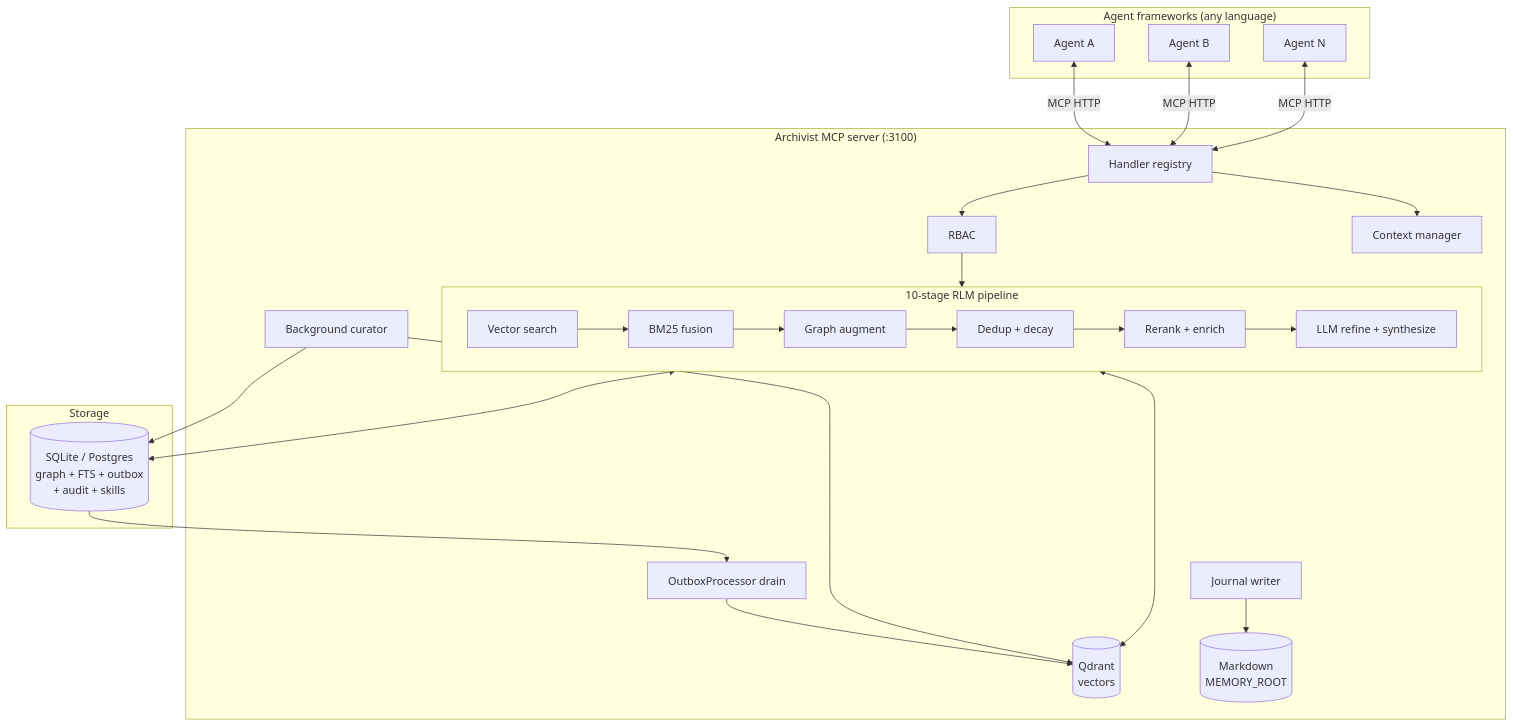
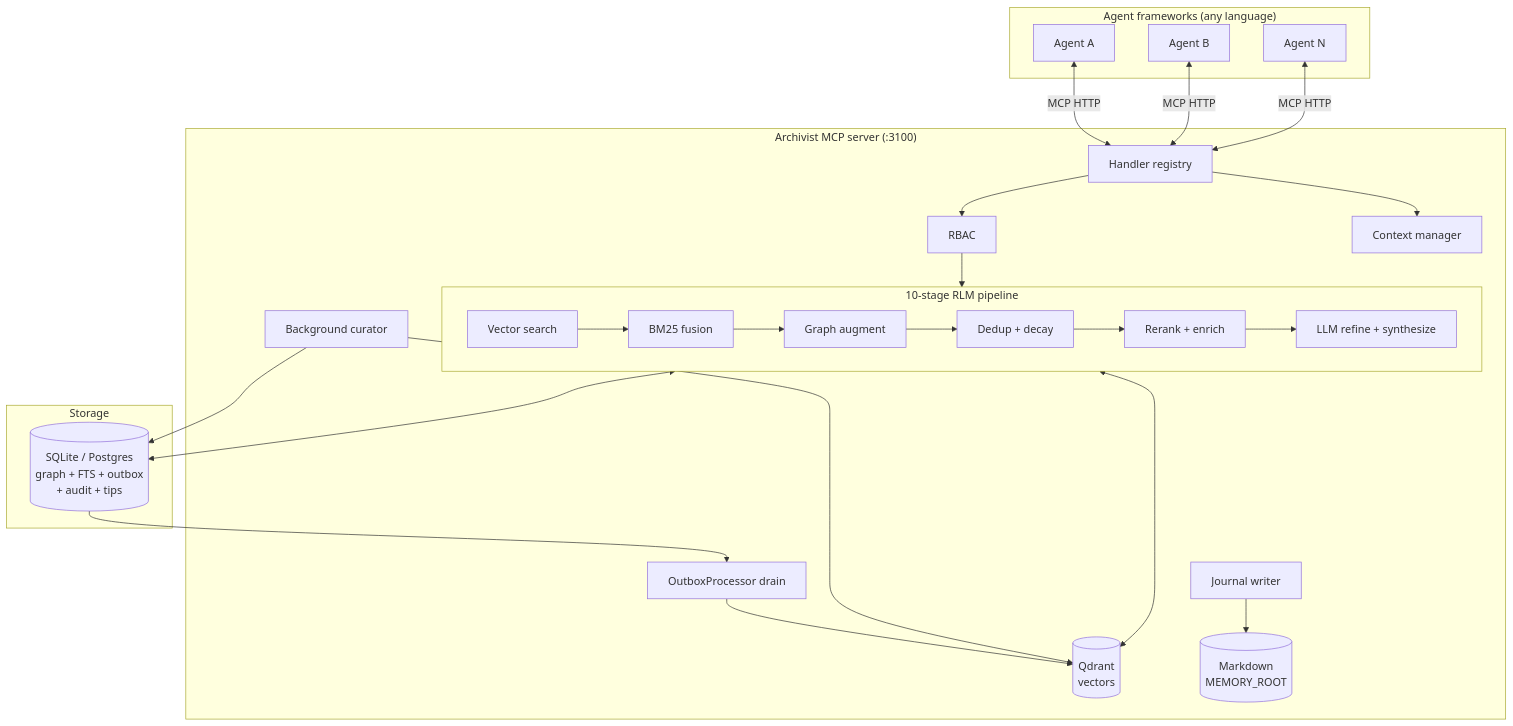
One commit to NetworkBuild3r/archivist-oss changed the first of 2 diagrams in README.md. Above: the diagram before and after it, drawn with Mermaid. The commit also changed other lines of this file and 36 other files, not shown here.

````diff
--- a/README.md
+++ b/README.md
@@ -615,47 +603,47 @@
 ```mermaid
 graph TB
     subgraph Clients ["Agent frameworks (any language)"]
         A1["Agent A"]
         A2["Agent B"]
         A3["Agent N"]
     end
 
     subgraph Archivist ["Archivist MCP server (:3100)"]
         Router["Handler registry"]
         RBAC["RBAC"]
 
         subgraph Pipeline ["10-stage RLM pipeline"]
             S1["Vector search"]
             S2["BM25 fusion"]
             S3["Graph augment"]
             S4["Dedup + decay"]
             S5["Rerank + enrich"]
             S6["LLM refine + synthesize"]
             S1 --> S2 --> S3 --> S4 --> S5 --> S6
         end
 
         Curator["Background curator"]
         Context["Context manager"]
         OBLoop["OutboxProcessor drain"]
         Journal["Journal writer"]
 
         Router --> RBAC
         RBAC --> Pipeline
         Router --> Context
         OBLoop --> Qdrant
         Journal --> Files
     end
 
     subgraph Storage ["Storage"]
         Qdrant[("Qdrant\nvectors")]
-        SQLite[("SQLite / Postgres\ngraph + FTS + outbox\n+ audit + skills")]
+        SQLite[("SQLite / Postgres\ngraph + FTS + outbox\n+ audit + tips")]
         Files[("Markdown\nMEMORY_ROOT")]
     end
 
     A1 & A2 & A3 <-->|"MCP HTTP"| Router
     Pipeline <--> Qdrant
     Pipeline <--> SQLite
     Curator --> SQLite
     Curator --> Qdrant
     SQLite --> OBLoop
 ```
````
